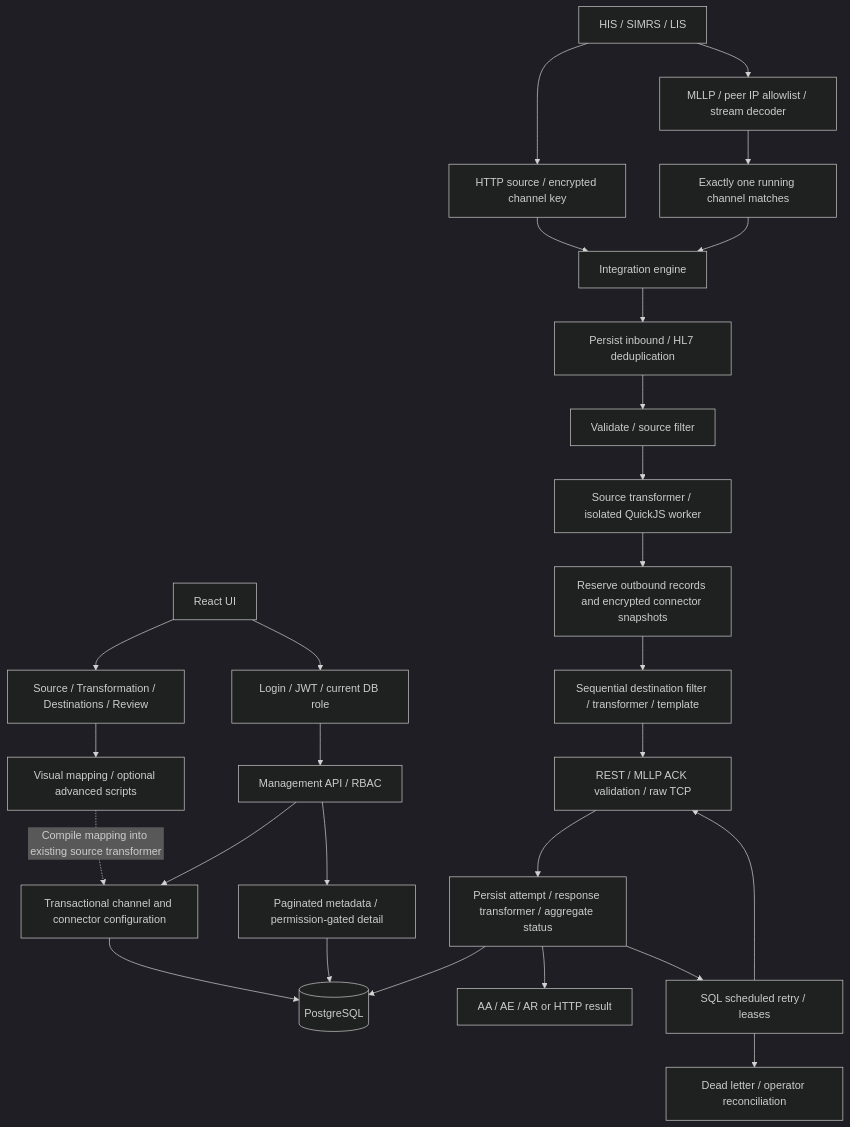
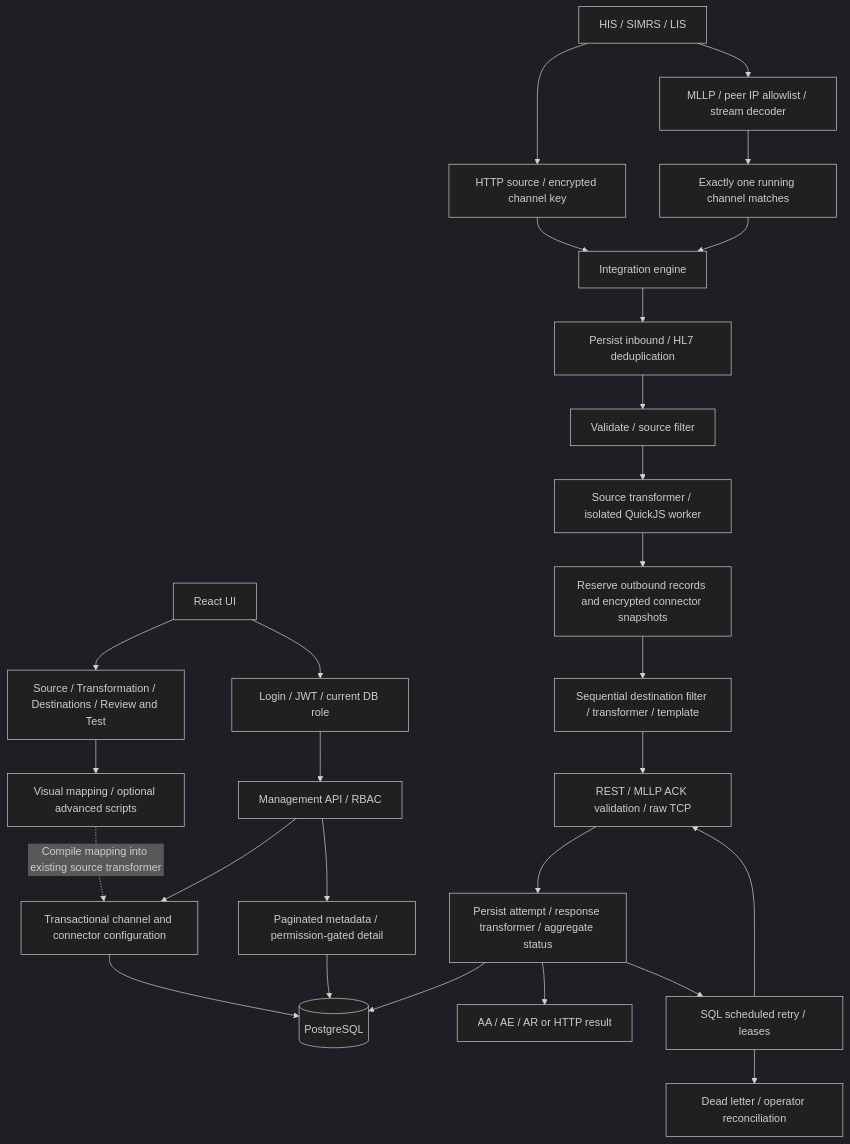
One commit to mariaanggelika11/Mirth-Connect changed the first of 2 diagrams in docs/ARCHITECTURE.md. Above: the diagram before and after it, drawn with Mermaid (dark theme). The commit also changed other lines of this file and 24 other files, not shown here.

````diff
--- a/docs/ARCHITECTURE.md
+++ b/docs/ARCHITECTURE.md
@@ -5,29 +5,29 @@
 ```mermaid
 flowchart TD
   UI[React UI] --> LOGIN[Login / JWT / current DB role]
-  UI --> WIZARD[Source / Transformation / Destinations / Review]
+  UI --> WIZARD[Source / Transformation / Destinations / Review and Test]
   WIZARD --> MAP[Visual mapping / optional advanced scripts]
   MAP -. Compile mapping into existing source transformer .-> CONFIG
   LOGIN --> API[Management API / RBAC]
   API --> CONFIG[Transactional channel and connector configuration]
   API --> MONITOR[Paginated metadata / permission-gated detail]
   CONFIG --> SQL[(PostgreSQL)]
   MONITOR --> SQL
   HIS[HIS / SIMRS / LIS] --> HTTP[HTTP source / encrypted channel key]
   HIS --> MLLP[MLLP / peer IP allowlist / stream decoder]
   MLLP --> ROUTE[Exactly one running channel matches]
   HTTP --> ENGINE[Integration engine]
   ROUTE --> ENGINE
   ENGINE --> IN[Persist inbound / HL7 deduplication]
   IN --> VALIDATE[Validate / source filter]
   VALIDATE --> QJS[Source transformer / isolated QuickJS worker]
   QJS --> OUT[Reserve outbound records and encrypted connector snapshots]
   OUT --> DEST[Sequential destination filter / transformer / template]
   DEST --> SEND[REST / MLLP ACK validation / raw TCP]
   SEND --> RESULT[Persist attempt / response transformer / aggregate status]
   RESULT --> SQL
   RESULT --> ACK[AA / AE / AR or HTTP result]
   RESULT --> RETRY[SQL scheduled retry / leases]
   RETRY --> SEND
   RETRY --> DL[Dead letter / operator reconciliation]
 ```
````
